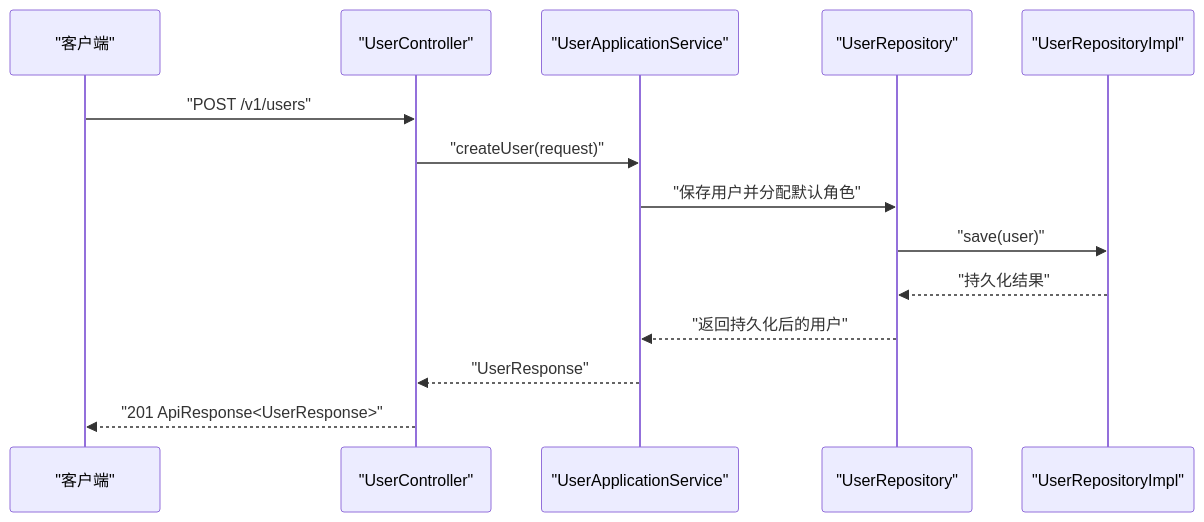
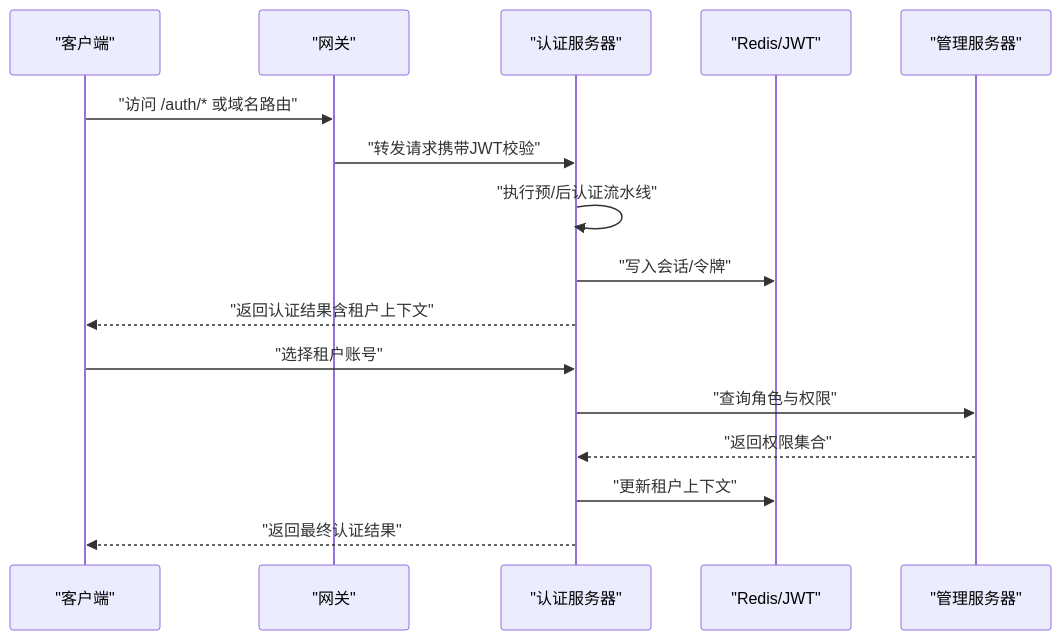
One commit to fq0121104930716/iam-platform changed the third of 8 diagrams in .qoder/repowiki/zh/content/架构设计/架构设计.md. Above: the diagram before and after it, drawn with Mermaid. The commit also changed other lines of this file and 222 other files, not shown here.

````diff
--- a/.qoder/repowiki/zh/content/架构设计/架构设计.md
+++ b/.qoder/repowiki/zh/content/架构设计/架构设计.md
@@ -127,16 +179,18 @@
 ```mermaid
 sequenceDiagram
-participant Client as "客户端"
-participant Ctrl as "UserController"
-participant App as "UserApplicationService"
-participant Repo as "UserRepository"
-participant Impl as "UserRepositoryImpl"
-Client->>Ctrl : "POST /v1/users"
-Ctrl->>App : "createUser(request)"
-App->>Repo : "保存用户并分配默认角色"
-Repo->>Impl : "save(user)"
-Impl-->>Repo : "持久化结果"
-Repo-->>App : "返回持久化后的用户"
-App-->>Ctrl : "UserResponse"
-Ctrl-->>Client : "201 ApiResponse<UserResponse>"
+participant C as "客户端"
+participant G as "网关"
+participant A as "认证服务器"
+participant R as "Redis/JWT"
+participant M as "管理服务器"
+C->>G : "访问 /auth/* 或域名路由"
+G->>A : "转发请求携带JWT校验"
+A->>A : "执行预/后认证流水线"
+A->>R : "写入会话/令牌"
+A-->>C : "返回认证结果含租户上下文"
+C->>A : "选择租户账号"
+A->>M : "查询角色与权限"
+M-->>A : "返回权限集合"
+A->>R : "更新租户上下文"
+A-->>C : "返回最终认证结果"
 ```
````
